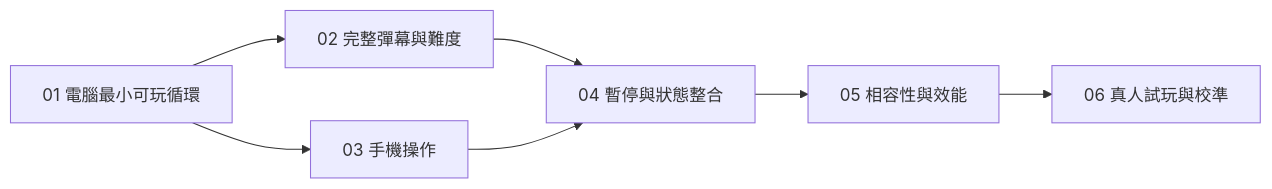
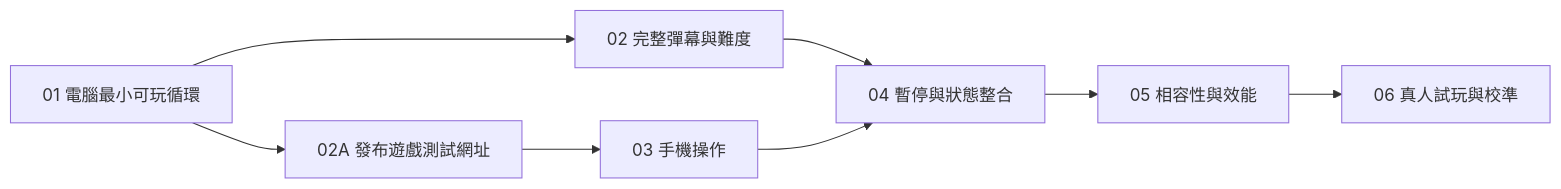
One commit to Davisanity-TW/kingOfFlak changed the diagram in docs/work-plan.md. Above: the diagram before and after it, drawn with Mermaid. The commit also changed other lines of this file, not shown here.

````diff
--- a/docs/work-plan.md
+++ b/docs/work-plan.md
@@ -26,9 +27,10 @@
 ```mermaid
 flowchart LR
     T01[01 電腦最小可玩循環] --> T02[02 完整彈幕與難度]
-    T01 --> T03[03 手機操作]
+    T01 --> T02A[02A 發布遊戲測試網址]
+    T02A --> T03[03 手機操作]
     T02 --> T04[04 暫停與狀態整合]
     T03 --> T04
     T04 --> T05[05 相容性與效能]
     T05 --> T06[06 真人試玩與校準]
 ```
````
